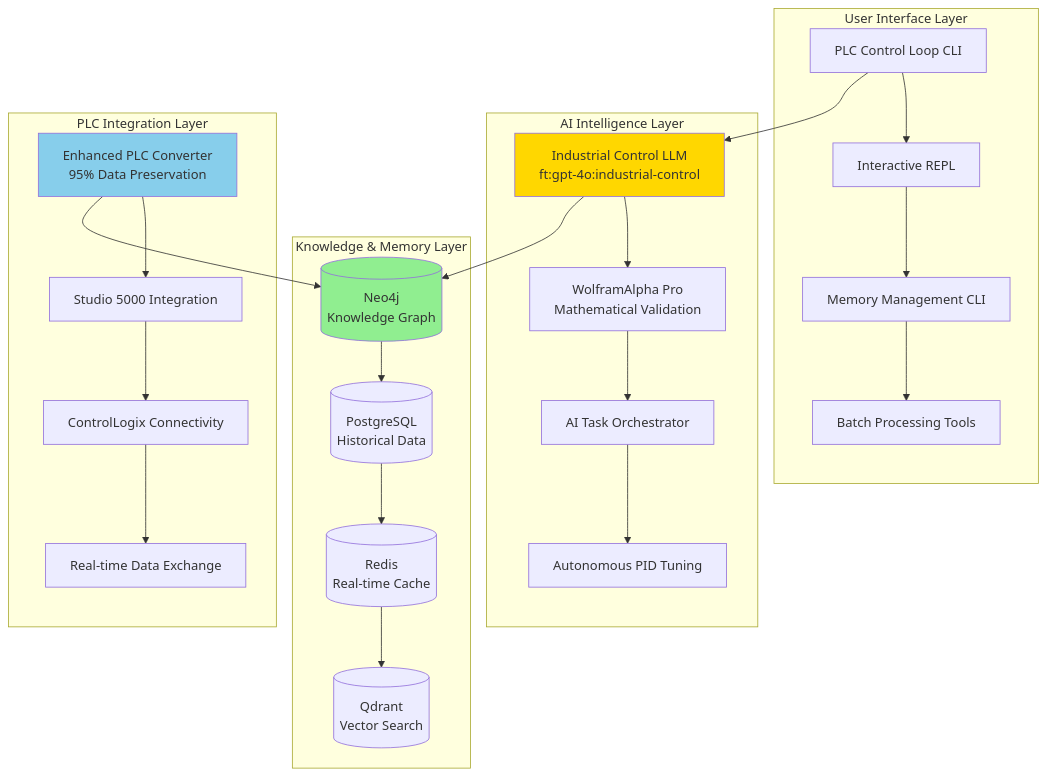
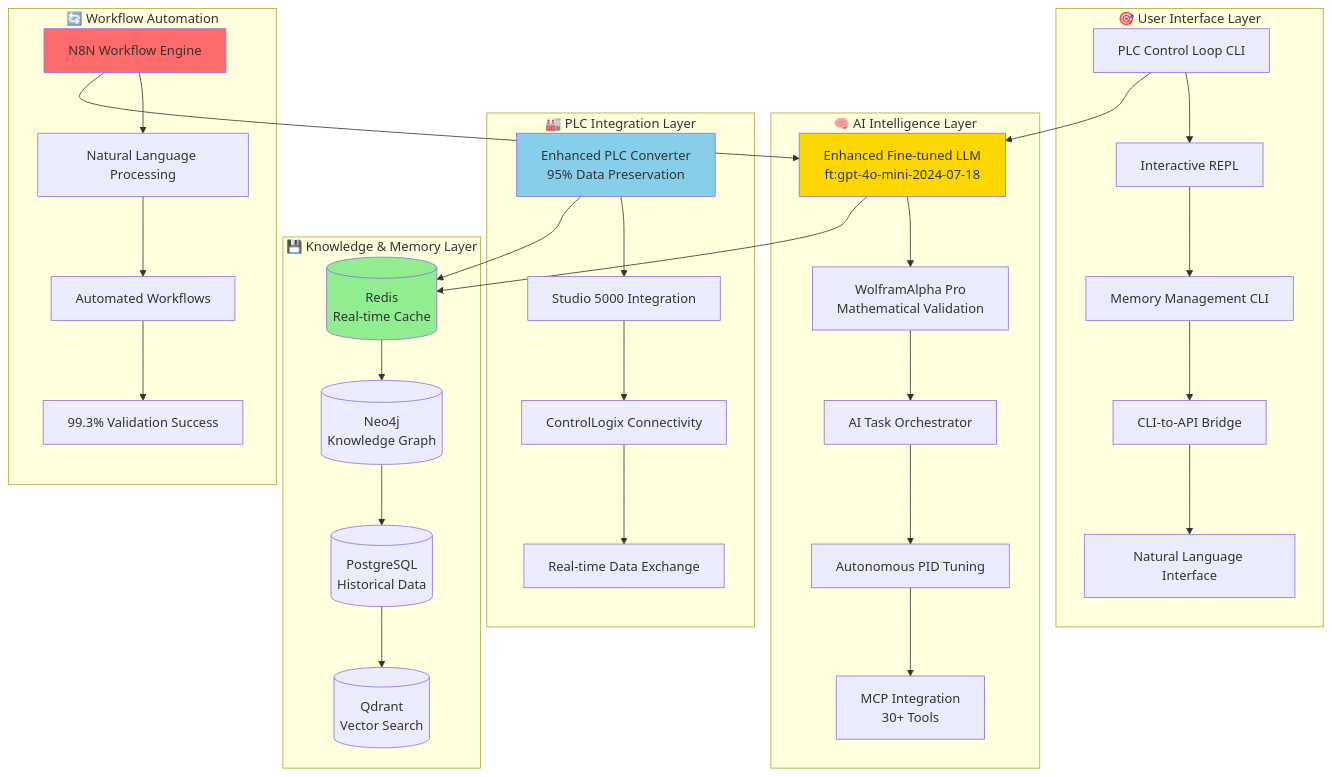
One commit to reh3376/plc-gbt changed the diagram in README.md. Above: the diagram before and after it, drawn with Mermaid. The commit also changed other lines of this file and 1 other file, not shown here.

````diff
--- a/README.md
+++ b/README.md
@@ -67,34 +82,44 @@
 ```mermaid
 graph TB
-    subgraph "User Interface Layer"
+    subgraph "🎯 User Interface Layer"
         A[PLC Control Loop CLI] --> B[Interactive REPL]
         B --> C[Memory Management CLI]
-        C --> D[Batch Processing Tools]
+        C --> D[CLI-to-API Bridge]
+        D --> E[Natural Language Interface]
     end
     
-    subgraph "AI Intelligence Layer"
-        E[Industrial Control LLM<br/>ft:gpt-4o:industrial-control] --> F[WolframAlpha Pro<br/>Mathematical Validation]
-        F --> G[AI Task Orchestrator]
-        G --> H[Autonomous PID Tuning]
+    subgraph "🧠 AI Intelligence Layer"
+        F[Enhanced Fine-tuned LLM<br/>ft:gpt-4o-mini-2024-07-18] --> G[WolframAlpha Pro<br/>Mathematical Validation]
+        G --> H[AI Task Orchestrator]
+        H --> I[Autonomous PID Tuning]
+        I --> J[MCP Integration<br/>30+ Tools]
     end
     
-    subgraph "Knowledge & Memory Layer"
-        I[(Neo4j<br/>Knowledge Graph)] --> J[(PostgreSQL<br/>Historical Data)]
-        J --> K[(Redis<br/>Real-time Cache)]
-        K --> L[(Qdrant<br/>Vector Search)]
+    subgraph "💾 Knowledge & Memory Layer"
+        K[(Redis<br/>Real-time Cache)] --> L[(Neo4j<br/>Knowledge Graph)]
+        L --> M[(PostgreSQL<br/>Historical Data)]
+        M --> N[(Qdrant<br/>Vector Search)]
     end
     
-    subgraph "PLC Integration Layer"
-        M[Enhanced PLC Converter<br/>95% Data Preservation] --> N[Studio 5000 Integration]
-        N --> O[ControlLogix Connectivity]
-        O --> P[Real-time Data Exchange]
+    subgraph "🏭 PLC Integration Layer"
+        O[Enhanced PLC Converter<br/>95% Data Preservation] --> P[Studio 5000 Integration]
+        P --> Q[ControlLogix Connectivity]
+        Q --> R[Real-time Data Exchange]
     end
     
-    A --> E
-    E --> I
-    M --> I
+    subgraph "🔄 Workflow Automation"
+        S[N8N Workflow Engine] --> T[Natural Language Processing]
+        T --> U[Automated Workflows]
+        U --> V[99.3% Validation Success]
+    end
     
-    style E fill:#FFD700
-    style I fill:#90EE90
-    style M fill:#87CEEB
+    A --> F
+    F --> K
+    O --> K
+    S --> F
+    
+    style F fill:#FFD700
+    style K fill:#90EE90
+    style O fill:#87CEEB
+    style S fill:#FF6B6B
 ```
````
